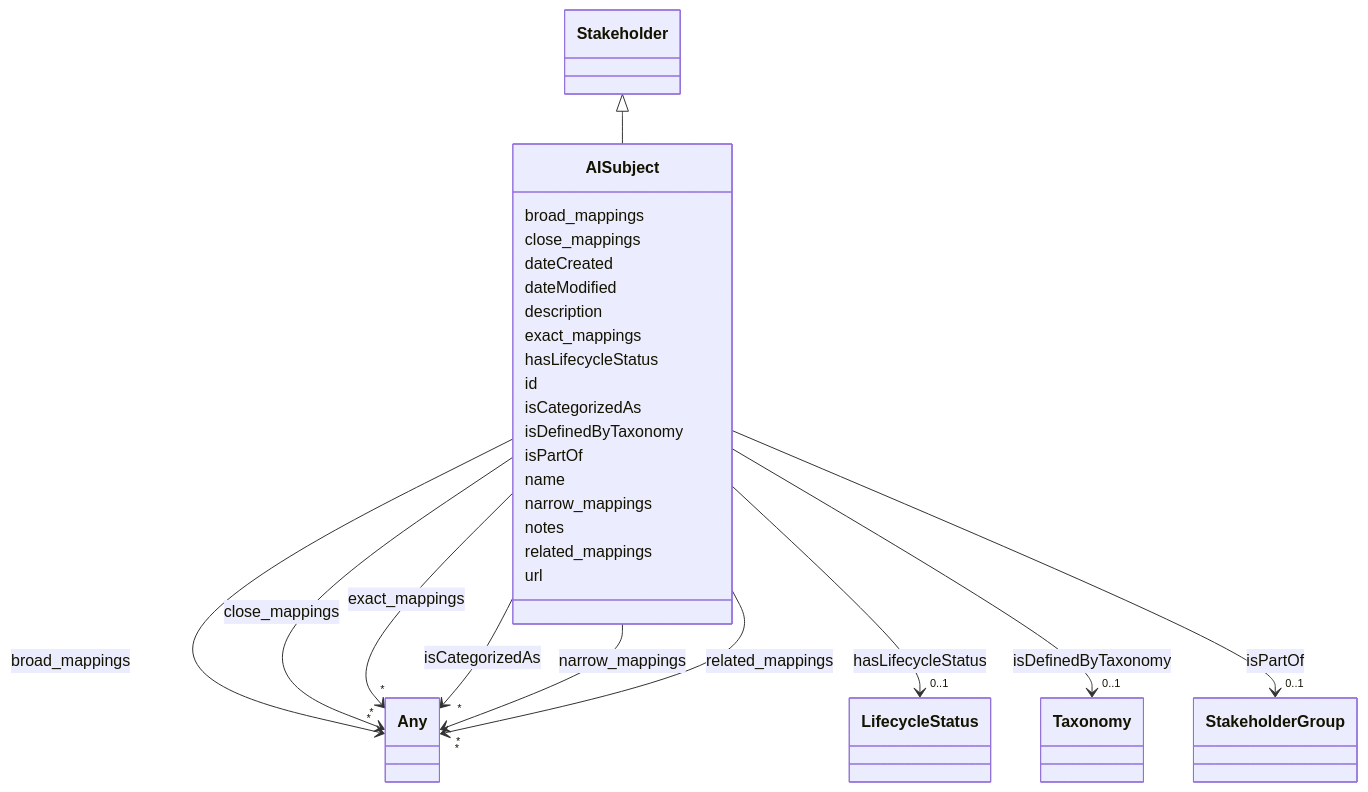
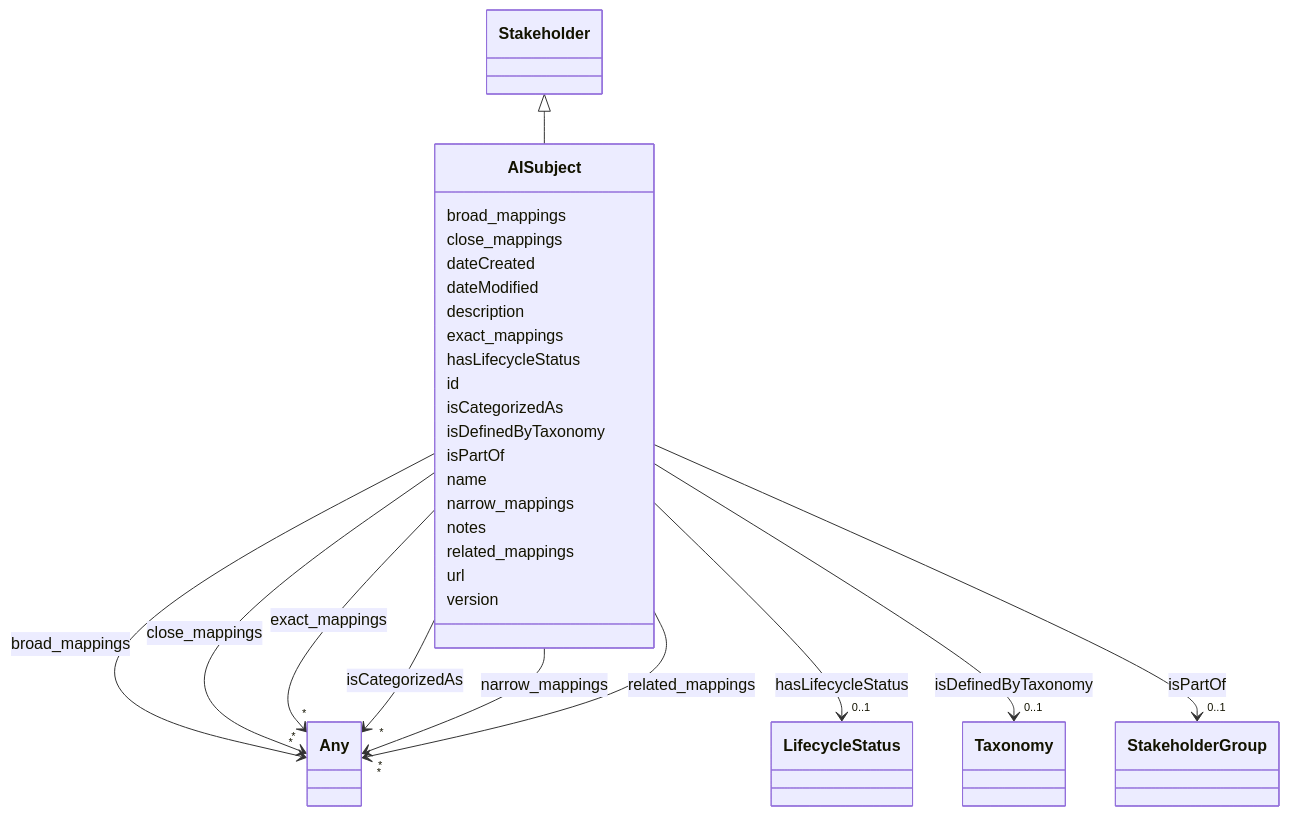
One commit to IBM/ai-atlas-nexus changed the diagram in docs/ontology/AISubject.md. Above: the diagram before and after it, drawn with Mermaid. The commit also changed other lines of this file and 101 other files, not shown here.

````diff
--- a/docs/ontology/AISubject.md
+++ b/docs/ontology/AISubject.md
@@ -131,5 +131,7 @@
 
       AISubject : url
 
+      AISubject : version
+
 
 ```
````
